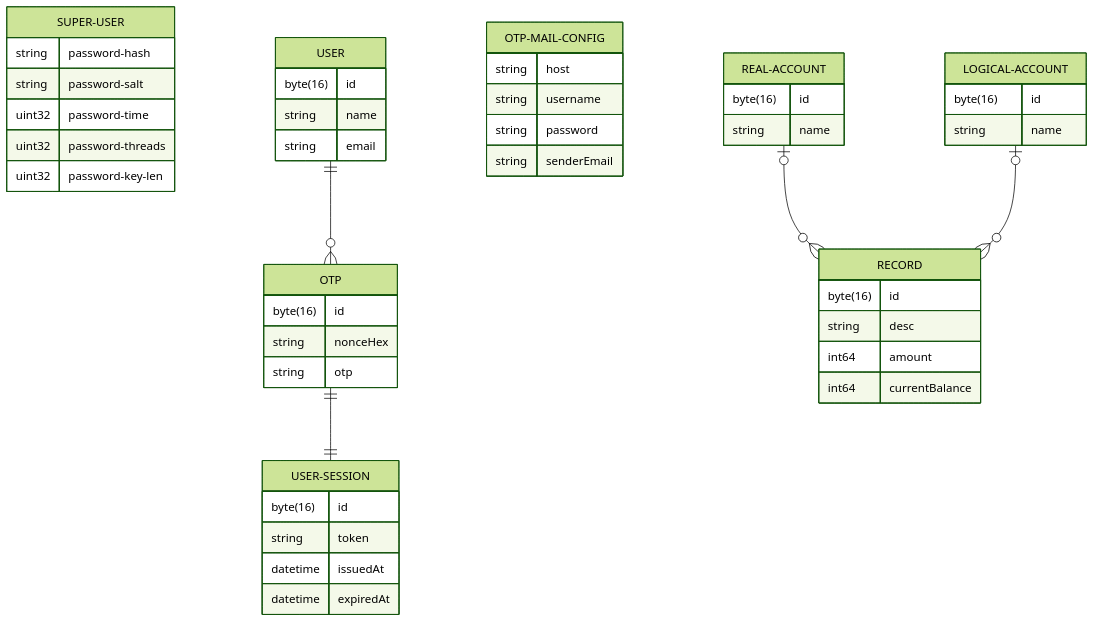
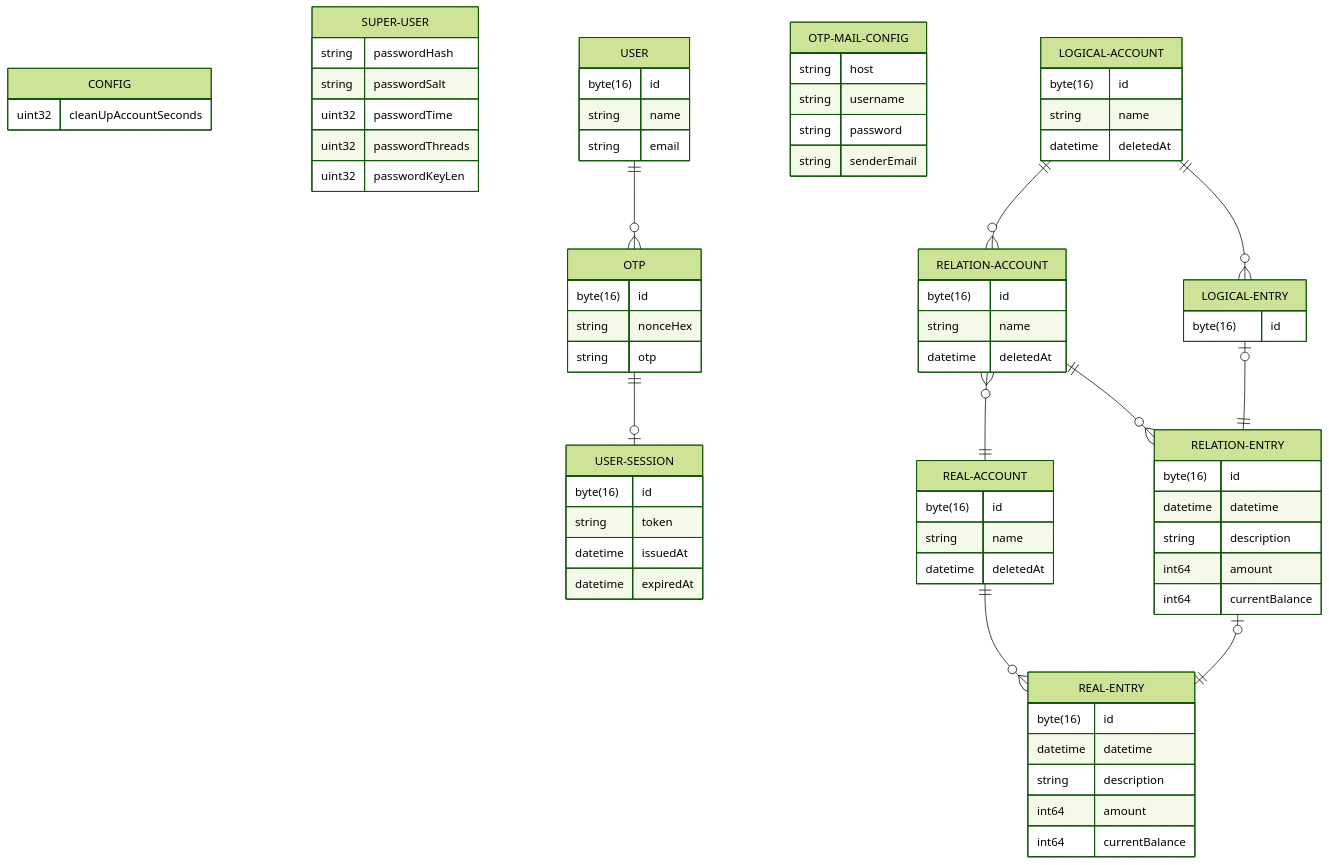
Before and after one commit to ilhammhdd/pitih: the diagram in doc/entity-relationship-diagram.mermaid, drawn with Mermaid (forest theme). The commit also changed 3 other files, not shown here.

Commit message:
plans to deprecate domain diagram, done high level functional req, ERD follows high level functional req

```diff
--- a/doc/entity-relationship-diagram.mermaid
+++ b/doc/entity-relationship-diagram.mermaid
@@ -1,57 +1,90 @@
-%% v1.0.0
+%% v2.0.0
 erDiagram
+    CONFIG {
+        uint32 cleanUpAccountSeconds
+    }
+
     SUPER-USER {
-        string password-hash
-        string password-salt
-        uint32 password-time
-        uint32 password-threads
-        uint32 password-key-len
+        string passwordHash
+        string passwordSalt
+        uint32 passwordTime
+        uint32 passwordThreads
+        uint32 passwordKeyLen
     }
 
     USER {
         byte(16) id
         string name
         string email
     }
 
     OTP {
         byte(16) id
         string nonceHex
         string otp
     }
 
     OTP-MAIL-CONFIG {
         string host
         string username
         string password
         string senderEmail
     }
 
     USER-SESSION {
         byte(16) id
         string token
         datetime issuedAt
         datetime expiredAt
     }
 
     REAL-ACCOUNT {
         byte(16) id
         string name
+        datetime deletedAt
     }
 
     LOGICAL-ACCOUNT {
         byte(16) id
         string name
+        datetime deletedAt
     }
 
-    RECORD {
+    RELATION-ACCOUNT {
         byte(16) id
-        string desc
+        string name
+        datetime deletedAt
+    }
+
+    LOGICAL-ENTRY {
+        byte(16) id
+    }
+
+    RELATION-ENTRY {
+        byte(16) id
+        datetime datetime
+        string description
+        int64 amount
+        int64 currentBalance
+    }
+
+    REAL-ENTRY {
+        byte(16) id
+        datetime datetime
+        string description
         int64 amount
         int64 currentBalance
     }
 
     USER ||--o{ OTP : ""
-    OTP ||--|| USER-SESSION : ""
-    REAL-ACCOUNT |o--o{ RECORD : ""
-    LOGICAL-ACCOUNT |o--o{ RECORD : ""
+    OTP ||--o| USER-SESSION : ""
+
+    LOGICAL-ACCOUNT ||--o{ RELATION-ACCOUNT: ""
+    RELATION-ACCOUNT }o--|| REAL-ACCOUNT: ""
+
+    REAL-ACCOUNT ||--o{ REAL-ENTRY : ""
+    RELATION-ACCOUNT ||--o{ RELATION-ENTRY : ""
+    LOGICAL-ACCOUNT ||--o{ LOGICAL-ENTRY : ""
+
+    LOGICAL-ENTRY |o--|| RELATION-ENTRY : ""
+    RELATION-ENTRY |o--|| REAL-ENTRY : ""
```
